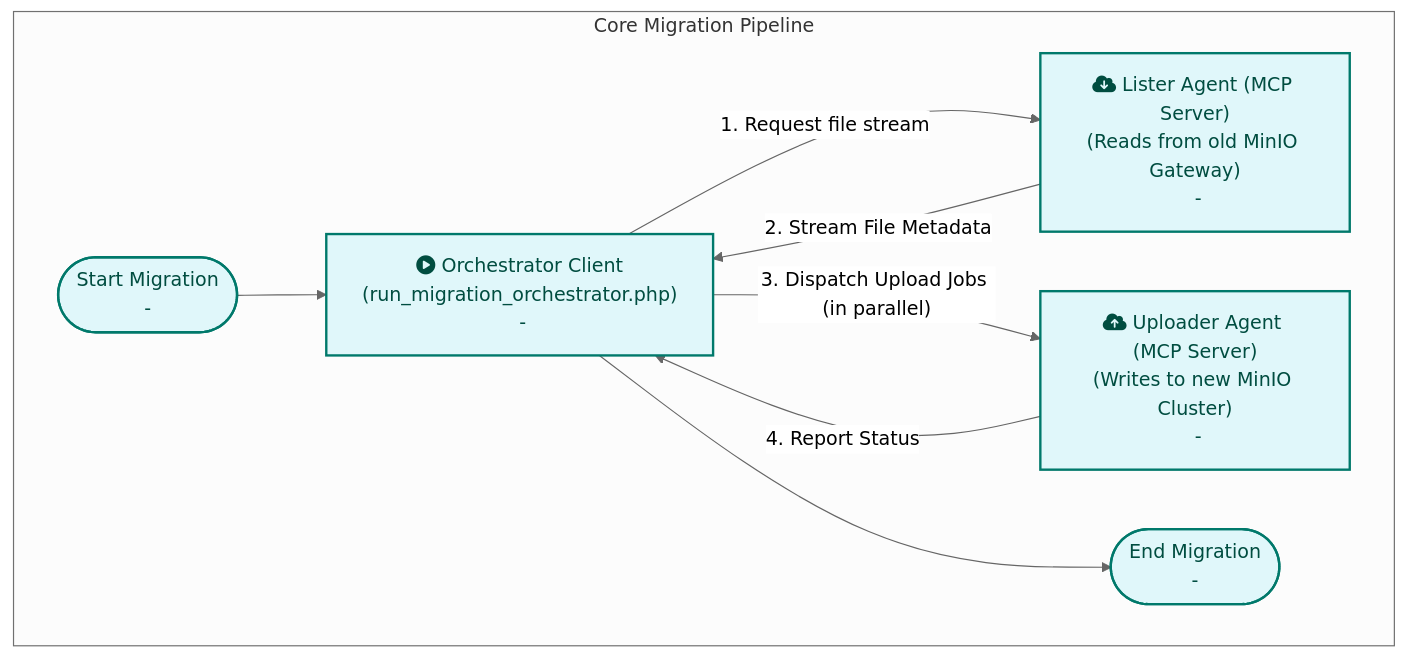
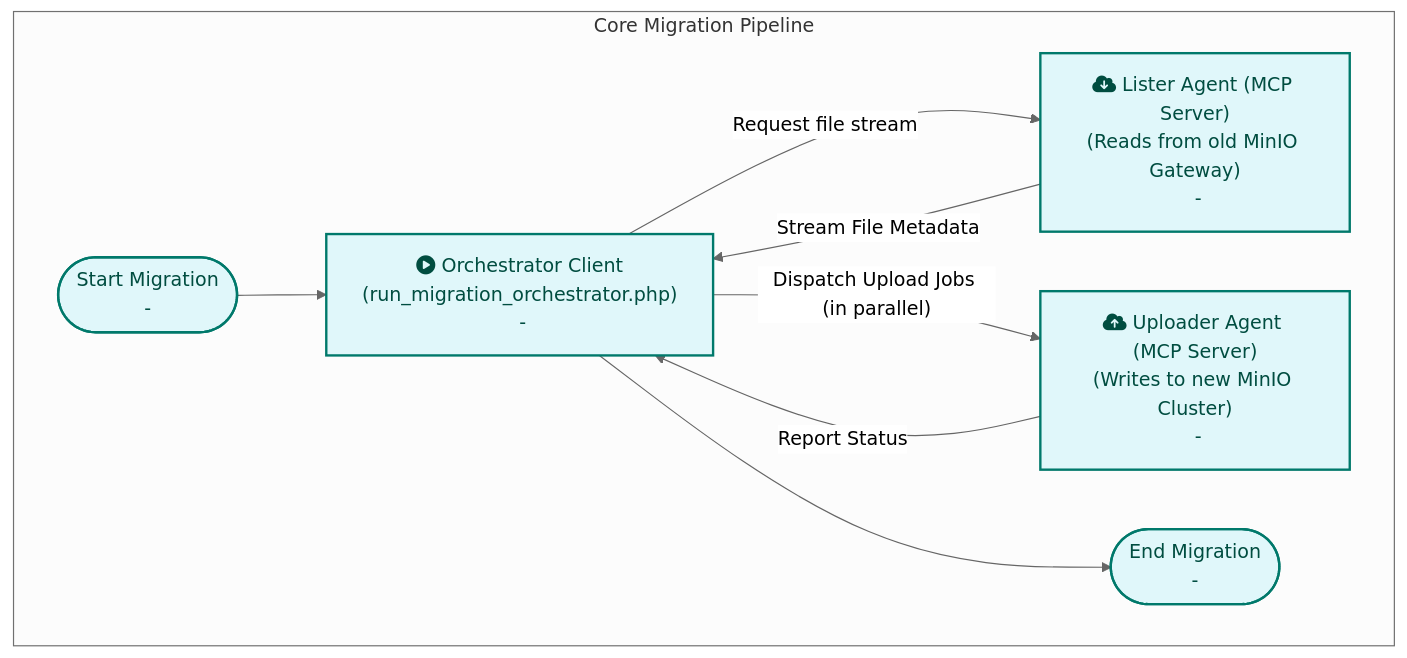
Before and after one commit to Intelligent-Intern/quicpro_async: the first of 2 diagrams in docs/realworld_examples/minio_migration_tool_with_semantical_search/README.md, drawn with Mermaid (neutral theme).

Commit message:
fix unknown list in mermaid

```diff
--- a/docs/realworld_examples/minio_migration_tool_with_semantical_search/README.md
+++ b/docs/realworld_examples/minio_migration_tool_with_semantical_search/README.md
@@ -37,17 +37,17 @@
 ~~~mermaid
 graph TD
-    %% --- Style Definitions ---
-    classDef migration fill:#e0f7fa,stroke:#00796b,stroke-width:2px,color:#004d40
+%% --- Style Definitions ---
+  classDef migration fill:#e0f7fa,stroke:#00796b,stroke-width:2px,color:#004d40
 
-    %% --- Core Migration Workflow ---
-    subgraph "Core Migration Pipeline"
-        M_Start([Start Migration<br/> -]) --> M_Orchestrator_Client["fa:fa-play-circle Orchestrator Client<br/>(run_migration_orchestrator.php)<br/> -"];
-        M_Orchestrator_Client -- 1. Request file stream --> M_List_Agent["fa:fa-cloud-download Lister Agent (MCP Server)<br/>(Reads from old MinIO Gateway)<br/> -"];
-        M_List_Agent -- 2. Stream File Metadata --> M_Orchestrator_Client;
-        M_Orchestrator_Client -- 3. Dispatch Upload Jobs (in parallel) --> M_Upload_Agent["fa:fa-cloud-upload Uploader Agent (MCP Server)<br/>(Writes to new MinIO Cluster)<br/> -"];
-        M_Upload_Agent -- 4. Report Status --> M_Orchestrator_Client;
-        M_Orchestrator_Client --> M_End([End Migration<br/> -]);
-    end
+%% --- Core Migration Workflow ---
+subgraph "Core Migration Pipeline<br/>"
+M_Start([Start Migration<br/> -]) --> M_Orchestrator_Client["fa:fa-play-circle Orchestrator Client<br/>(run_migration_orchestrator.php)<br/> -"];
+M_Orchestrator_Client -- Request file stream --> M_List_Agent["fa:fa-cloud-download Lister Agent (MCP Server)<br/>(Reads from old MinIO Gateway)<br/> -"];
+M_List_Agent -- Stream File Metadata --> M_Orchestrator_Client;
+M_Orchestrator_Client -- Dispatch Upload Jobs (in parallel) --> M_Upload_Agent["fa:fa-cloud-upload Uploader Agent (MCP Server)<br/>(Writes to new MinIO Cluster)<br/> -"];
+M_Upload_Agent -- Report Status --> M_Orchestrator_Client;
+M_Orchestrator_Client --> M_End([End Migration<br/> -]);
+end
 
-    class M_Start,M_Orchestrator_Client,M_List_Agent,M_Upload_Agent,M_End migration;
+class M_Start,M_Orchestrator_Client,M_List_Agent,M_Upload_Agent,M_End migration;
 ~~~
```
